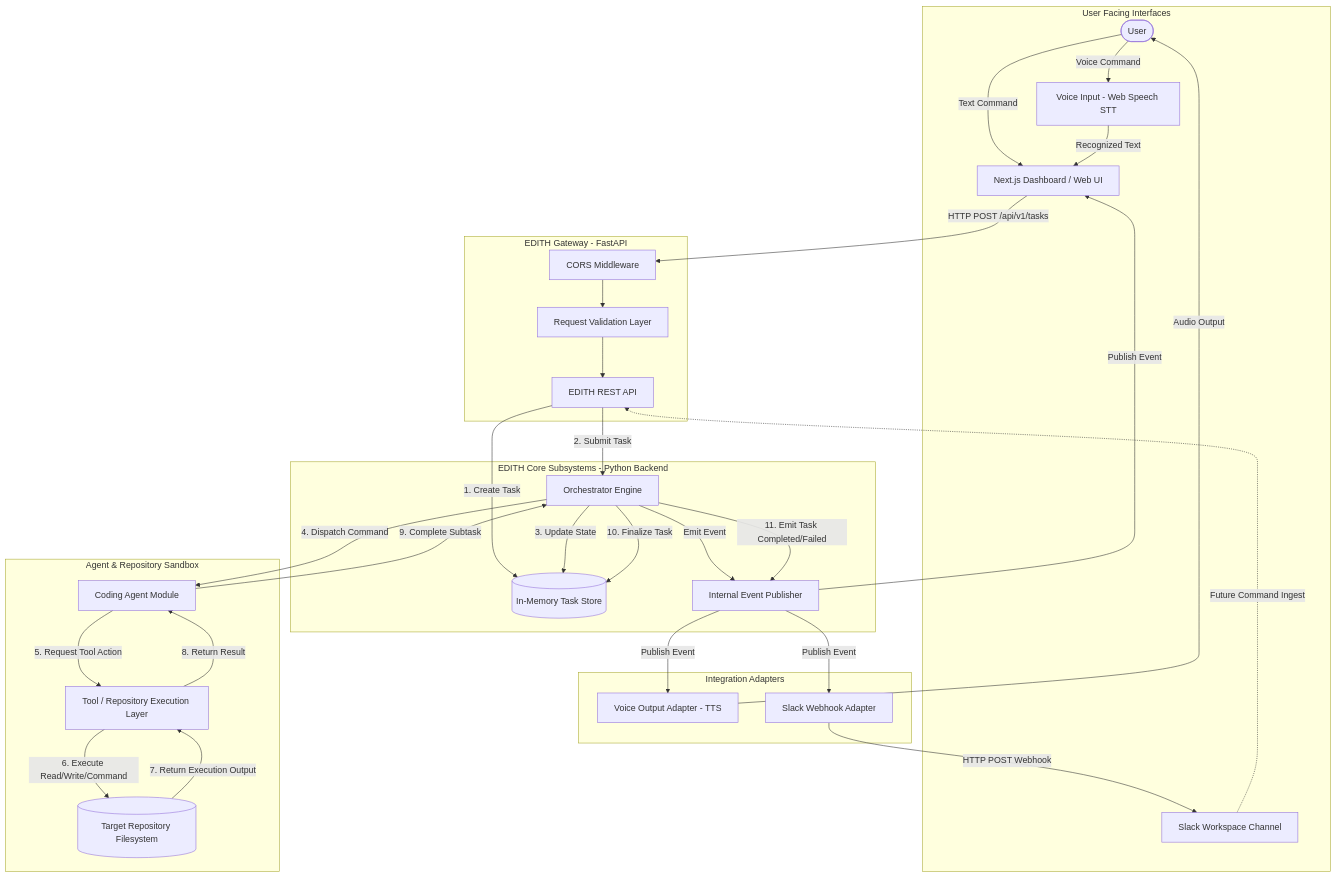
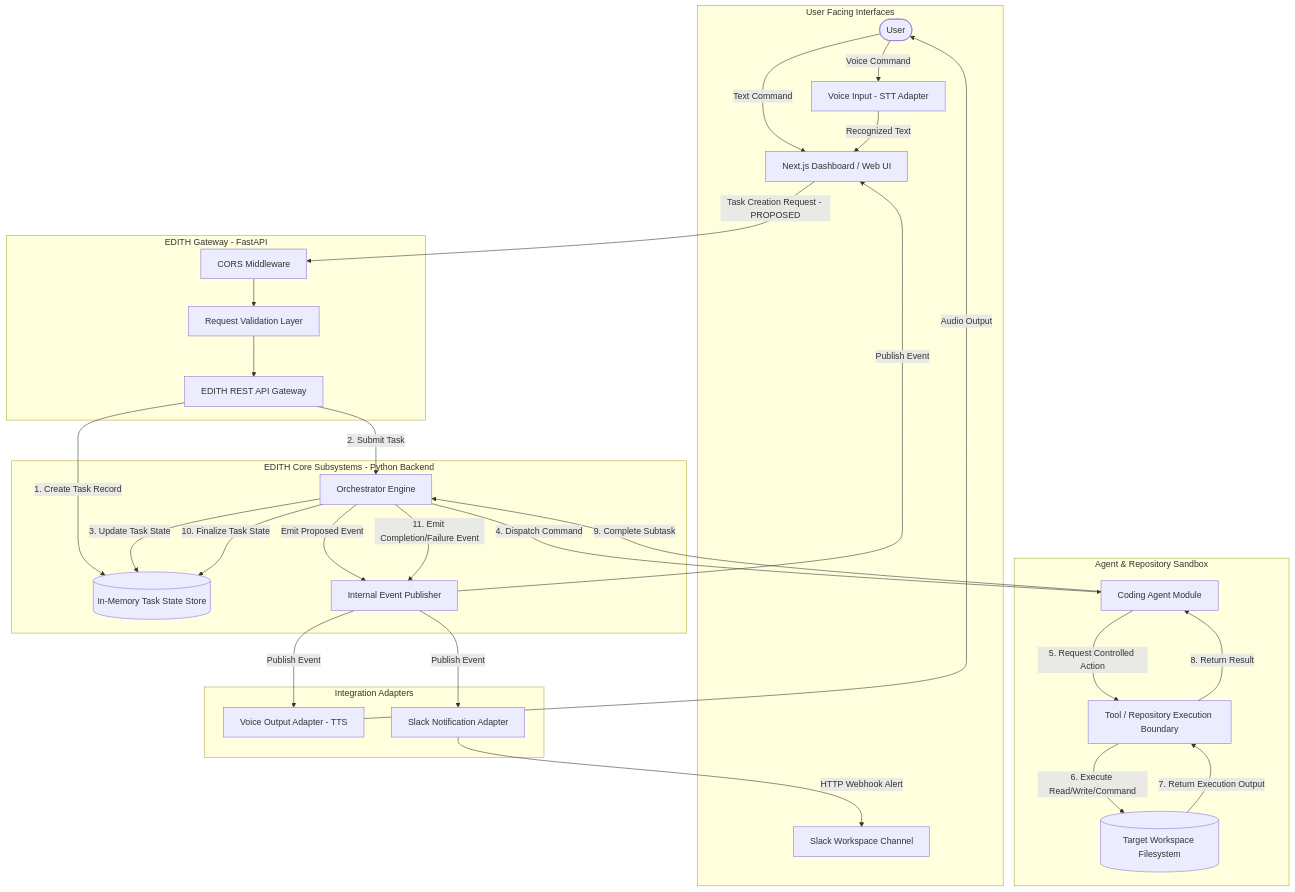
Before and after one commit to Prempujara/edith: the diagram in docs/architecture/system-architecture.md, drawn with Mermaid. The commit also changed other lines of this file and 19 other files, not shown here.

Commit message:
docs: refine EDITH-001 architecture contracts and boundaries

````diff
--- a/docs/architecture/system-architecture.md
+++ b/docs/architecture/system-architecture.md
@@ -20,70 +20,69 @@
 ```mermaid
 graph TD
     %% User Interfaces & Ingestion
     subgraph Client Layer [User Facing Interfaces]
         User([User])
         WebUI[Next.js Dashboard / Web UI]
-        VoiceIn[Voice Input - Web Speech STT]
+        VoiceIn[Voice Input - STT Adapter]
         SlackClient[Slack Workspace Channel]
     end
 
     %% API Entrypoint
     subgraph API Layer [EDITH Gateway - FastAPI]
-        API[EDITH REST API]
+        API[EDITH REST API Gateway]
         CORS[CORS Middleware]
         Validation[Request Validation Layer]
     end
 
     %% Internal Core Subsystems
     subgraph Core System [EDITH Core Subsystems - Python Backend]
         Orchestrator[Orchestrator Engine]
-        TaskStore[(In-Memory Task Store)]
+        TaskStore[(In-Memory Task State Store)]
         EventBus[Internal Event Publisher]
     end
 
     %% Agent & Tool Execution
     subgraph Execution Layer [Agent & Repository Sandbox]
         CodingAgent[Coding Agent Module]
-        ToolLayer[Tool / Repository Execution Layer]
-        TargetRepo[(Target Repository Filesystem)]
+        ToolLayer[Tool / Repository Execution Boundary]
+        TargetRepo[(Target Workspace Filesystem)]
     end
 
     %% Output Adapters
     subgraph Adapter Layer [Integration Adapters]
         VoiceOut[Voice Output Adapter - TTS]
-        SlackAdapter[Slack Webhook Adapter]
+        SlackAdapter[Slack Notification Adapter]
     end
 
     %% Data & Control Flow Connections
     User -->|Text Command| WebUI
     User -->|Voice Command| VoiceIn
     VoiceIn -->|Recognized Text| WebUI
-    SlackClient -.->|Future Command Ingest| API
 
-    WebUI -->|HTTP POST /api/v1/tasks| CORS
+    WebUI -->|Task Creation Request - PROPOSED| CORS
     CORS --> Validation
     Validation --> API
 
-    API -->|1. Create Task| TaskStore
+    API -->|1. Create Task Record| TaskStore
     API -->|2. Submit Task| Orchestrator
     
-    Orchestrator -->|3. Update State| TaskStore
+    Orchestrator -->|3. Update Task State| TaskStore
     Orchestrator -->|4. Dispatch Command| CodingAgent
-    Orchestrator -->|Emit Event| EventBus
+    Orchestrator -->|Emit Proposed Event| EventBus
 
-    CodingAgent -->|5. Request Tool Action| ToolLayer
+    CodingAgent -->|5. Request Controlled Action| ToolLayer
     ToolLayer -->|6. Execute Read/Write/Command| TargetRepo
     TargetRepo -->|7. Return Execution Output| ToolLayer
     ToolLayer -->|8. Return Result| CodingAgent
     CodingAgent -->|9. Complete Subtask| Orchestrator
 
-    Orchestrator -->|10. Finalize Task| TaskStore
-    Orchestrator -->|11. Emit Task Completed/Failed| EventBus
+    Orchestrator -->|10. Finalize Task State| TaskStore
+    Orchestrator -->|11. Emit Completion/Failure Event| EventBus
 
     EventBus -->|Publish Event| WebUI
     EventBus -->|Publish Event| VoiceOut
     EventBus -->|Publish Event| SlackAdapter
 
     VoiceOut -->|Audio Output| User
-    SlackAdapter -->|HTTP POST Webhook| SlackClient
+    SlackAdapter -->|HTTP Webhook Alert| SlackClient
 ```
````
